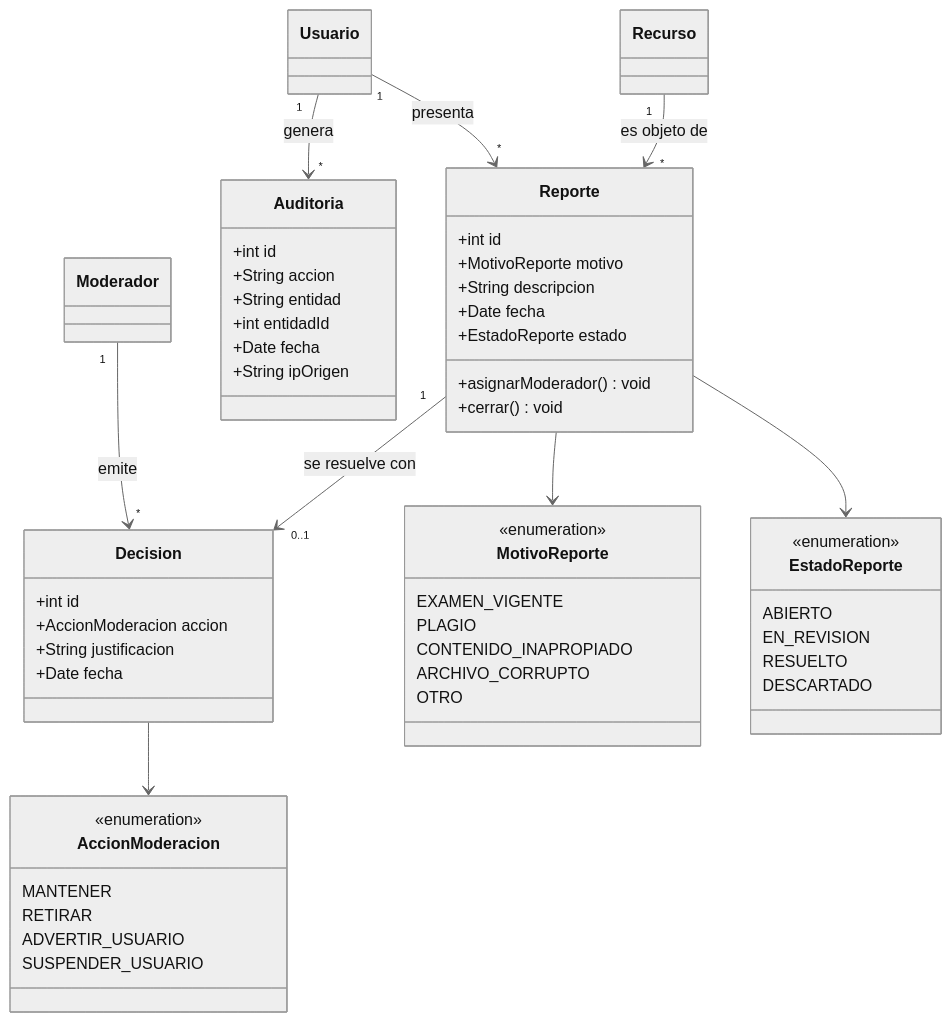
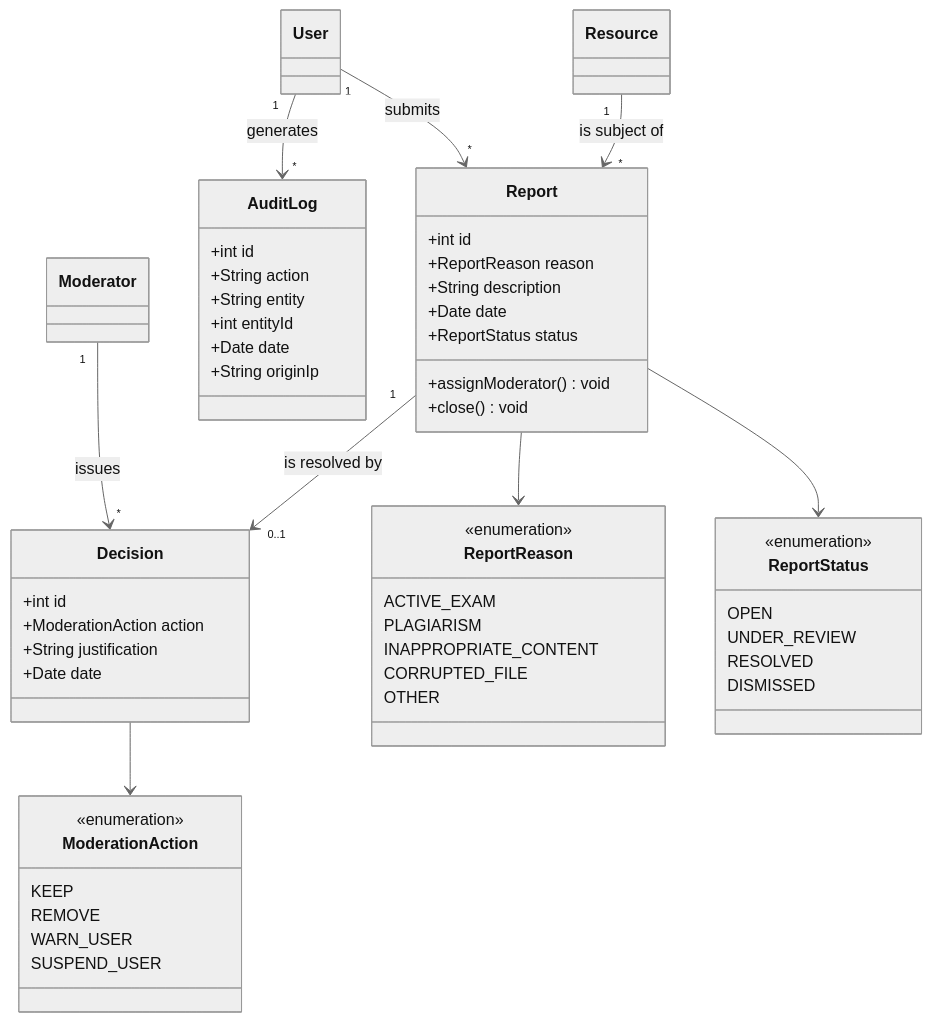
The second of 3 diagrams in docs/classs_diagram.md (sergioaguerrero/Alejandria), drawn with Mermaid (neutral theme) before and after one commit. The commit also changed other lines of this file, not shown here.

Commit message:
docs: diagrama en mermaid en ingles

````diff
--- a/docs/classs_diagram.md
+++ b/docs/classs_diagram.md
@@ -100,59 +106,60 @@
 ```mermaid
 classDiagram
-class Reporte {
-+int id
-+MotivoReporte motivo
-+String descripcion
-+Date fecha
-+EstadoReporte estado
-+asignarModerador() void
-+cerrar() void
-}
-class Decision {
-+int id
-+AccionModeracion accion
-+String justificacion
-+Date fecha
-}
-class Auditoria {
-+int id
-+String accion
-+String entidad
-+int entidadId
-+Date fecha
-+String ipOrigen
-}
-class MotivoReporte {
-<<enumeration>>
-EXAMEN_VIGENTE
-PLAGIO
-CONTENIDO_INAPROPIADO
-ARCHIVO_CORRUPTO
-OTRO
-}
-class EstadoReporte {
-<<enumeration>>
-ABIERTO
-EN_REVISION
-RESUELTO
-DESCARTADO
-}
-class AccionModeracion {
-<<enumeration>>
-MANTENER
-RETIRAR
-ADVERTIR_USUARIO
-SUSPENDER_USUARIO
-}
-class Usuario
-class Moderador
-class Recurso
-Usuario "1" --> "*" Reporte : presenta
-Recurso "1" --> "*" Reporte : es objeto de
-Moderador "1" --> "*" Decision : emite
-Reporte "1" --> "0..1" Decision : se resuelve con
-Usuario "1" --> "*" Auditoria : genera
-Reporte --> MotivoReporte
-Reporte --> EstadoReporte
-Decision --> AccionModeracion
+    class Report {
+        +int id
+        +ReportReason reason
+        +String description
+        +Date date
+        +ReportStatus status
+        +assignModerator() void
+        +close() void
+    }
+    class Decision {
+        +int id
+        +ModerationAction action
+        +String justification
+        +Date date
+    }
+    class AuditLog {
+        +int id
+        +String action
+        +String entity
+        +int entityId
+        +Date date
+        +String originIp
+    }
+    class ReportReason {
+        <<enumeration>>
+        ACTIVE_EXAM
+        PLAGIARISM
+        INAPPROPRIATE_CONTENT
+        CORRUPTED_FILE
+        OTHER
+    }
+    class ReportStatus {
+        <<enumeration>>
+        OPEN
+        UNDER_REVIEW
+        RESOLVED
+        DISMISSED
+    }
+    class ModerationAction {
+        <<enumeration>>
+        KEEP
+        REMOVE
+        WARN_USER
+        SUSPEND_USER
+    }
+    class User
+    class Moderator
+    class Resource
+
+    User "1" --> "*" Report : submits
+    Resource "1" --> "*" Report : is subject of
+    Moderator "1" --> "*" Decision : issues
+    Report "1" --> "0..1" Decision : is resolved by
+    User "1" --> "*" AuditLog : generates
+    Report --> ReportReason
+    Report --> ReportStatus
+    Decision --> ModerationAction
 ```
````
